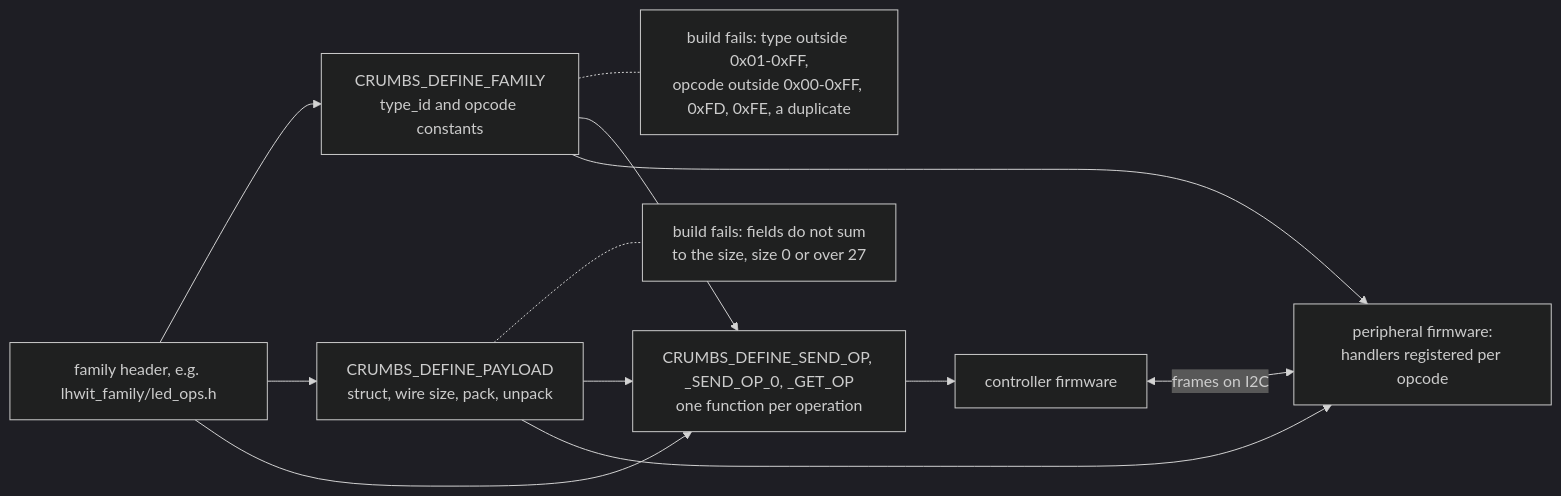
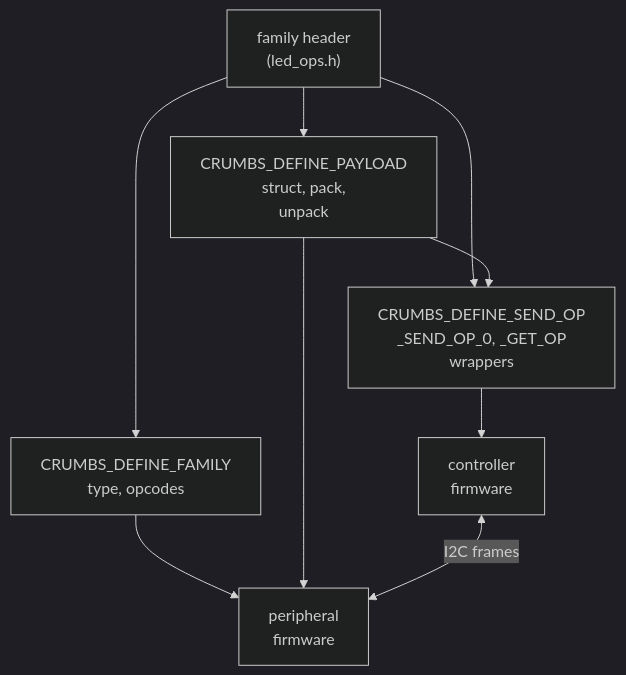
One commit to feastorg/CRUMBS changed the fifth of 5 diagrams in docs/architecture.md. Above: the diagram before and after it, drawn with Mermaid (dark theme). The commit also changed other lines of this file and 1 other file, not shown here.

First line of the commit message:
docs: redraw the mermaid diagrams to fit the page

````diff
--- a/docs/architecture.md
+++ b/docs/architecture.md
@@ -217,15 +222,12 @@
 ```mermaid
-flowchart LR
-    H["family header, e.g. lhwit_family/led_ops.h"]
-    H --> F["CRUMBS_DEFINE_FAMILY<br/>type_id and opcode constants"]
-    H --> PL["CRUMBS_DEFINE_PAYLOAD<br/>struct, wire size, pack, unpack"]
-    H --> W["CRUMBS_DEFINE_SEND_OP, _SEND_OP_0, _GET_OP<br/>one function per operation"]
-    F -.- CF["build fails: type outside 0x01-0xFF,<br/>opcode outside 0x00-0xFF, 0xFD, 0xFE, a duplicate"]
-    PL -.- CP["build fails: fields do not sum<br/>to the size, size 0 or over 27"]
-    F --> W
+flowchart TD
+    H["family header<br/>(led_ops.h)"]
+    H --> F["CRUMBS_DEFINE_FAMILY<br/>type, opcodes"]
+    H --> PL["CRUMBS_DEFINE_PAYLOAD<br/>struct, pack,<br/>unpack"]
+    H --> W["CRUMBS_DEFINE_SEND_OP<br/>_SEND_OP_0, _GET_OP<br/>wrappers"]
     PL --> W
-    W --> CTRL["controller firmware"]
-    F --> PER["peripheral firmware:<br/>handlers registered per opcode"]
+    W --> CTRL["controller<br/>firmware"]
+    F --> PER["peripheral<br/>firmware"]
     PL --> PER
-    CTRL <-->|"frames on I2C"| PER
+    CTRL <-->|"I2C frames"| PER
 ```
````
